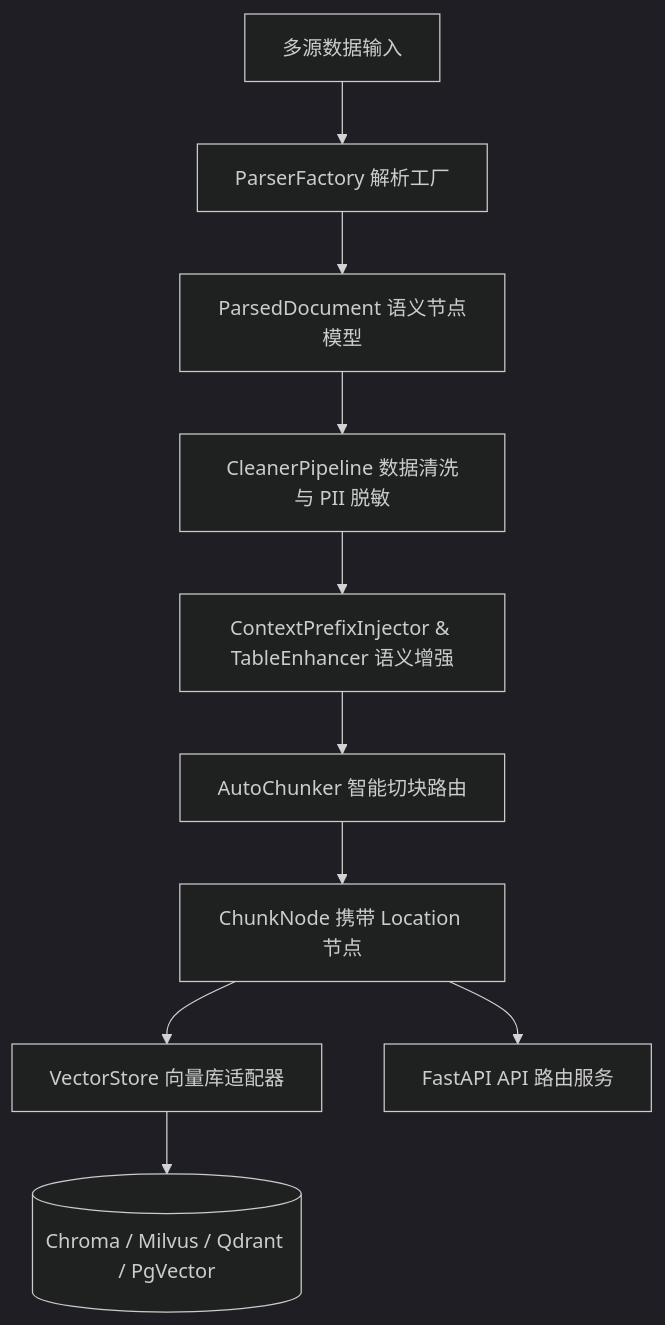
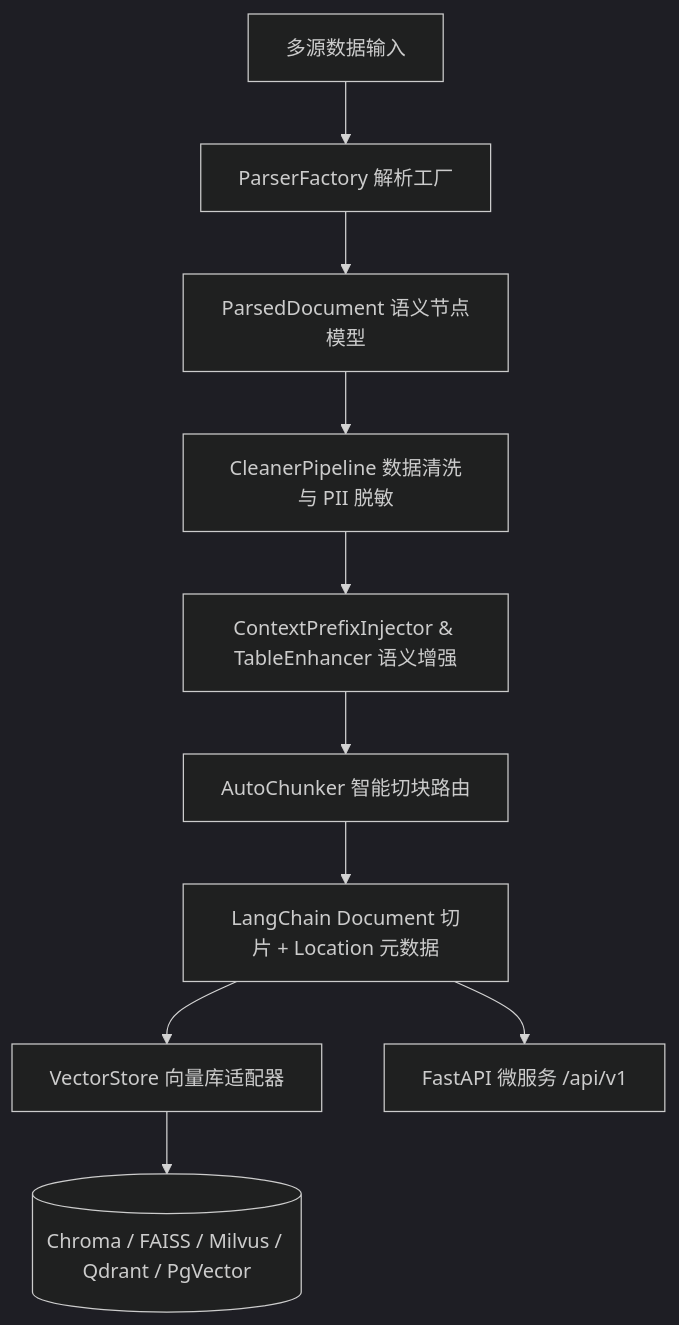
One commit to heiye-vn/omni-rag-engine changed the diagram in README.md. Above: the diagram before and after it, drawn with Mermaid (dark theme). The commit also changed other lines of this file and 2 other files, not shown here.

Commit message:
docs: 同步微服务 API 文档、规范约束及路线图进展

````diff
--- a/README.md
+++ b/README.md
@@ -52,12 +52,12 @@
 ```mermaid
 flowchart TD
     A[多源数据输入] --> B[ParserFactory 解析工厂]
     B --> C[ParsedDocument 语义节点模型]
     C --> D[CleanerPipeline 数据清洗与 PII 脱敏]
     D --> E[ContextPrefixInjector & TableEnhancer 语义增强]
     E --> F[AutoChunker 智能切块路由]
-    F --> G[ChunkNode 携带 Location 节点]
+    F --> G[LangChain Document 切片 + Location 元数据]
     G --> H[VectorStore 向量库适配器]
-    H --> I[(Chroma / Milvus / Qdrant / PgVector)]
-    G --> J[FastAPI API 路由服务]
+    H --> I[(Chroma / FAISS / Milvus / Qdrant / PgVector)]
+    G --> J[FastAPI 微服务 /api/v1]
 ```
````
